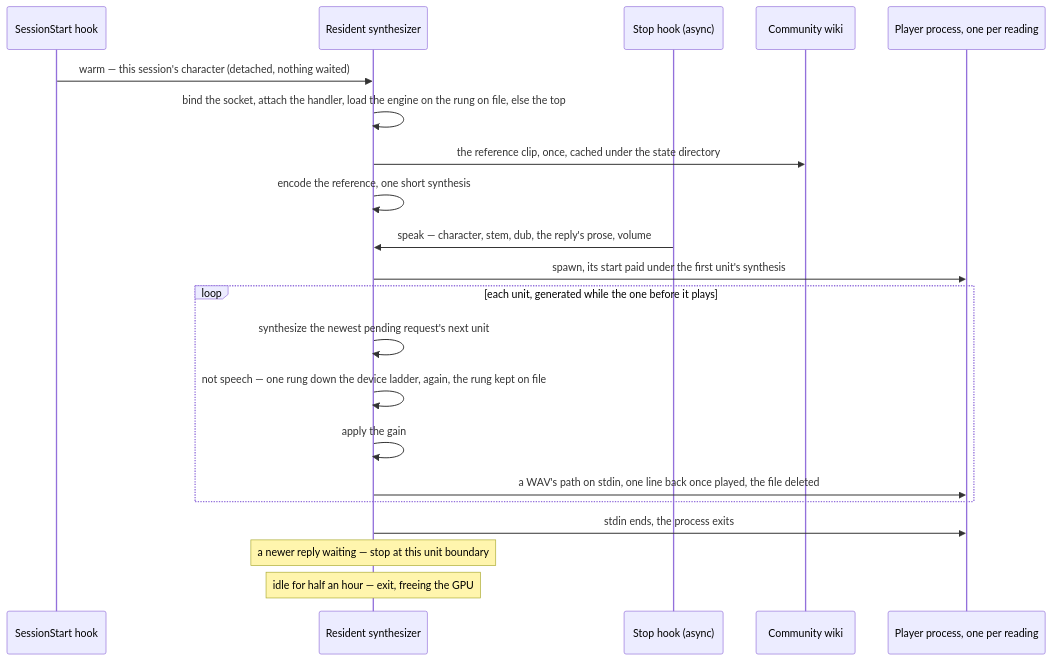
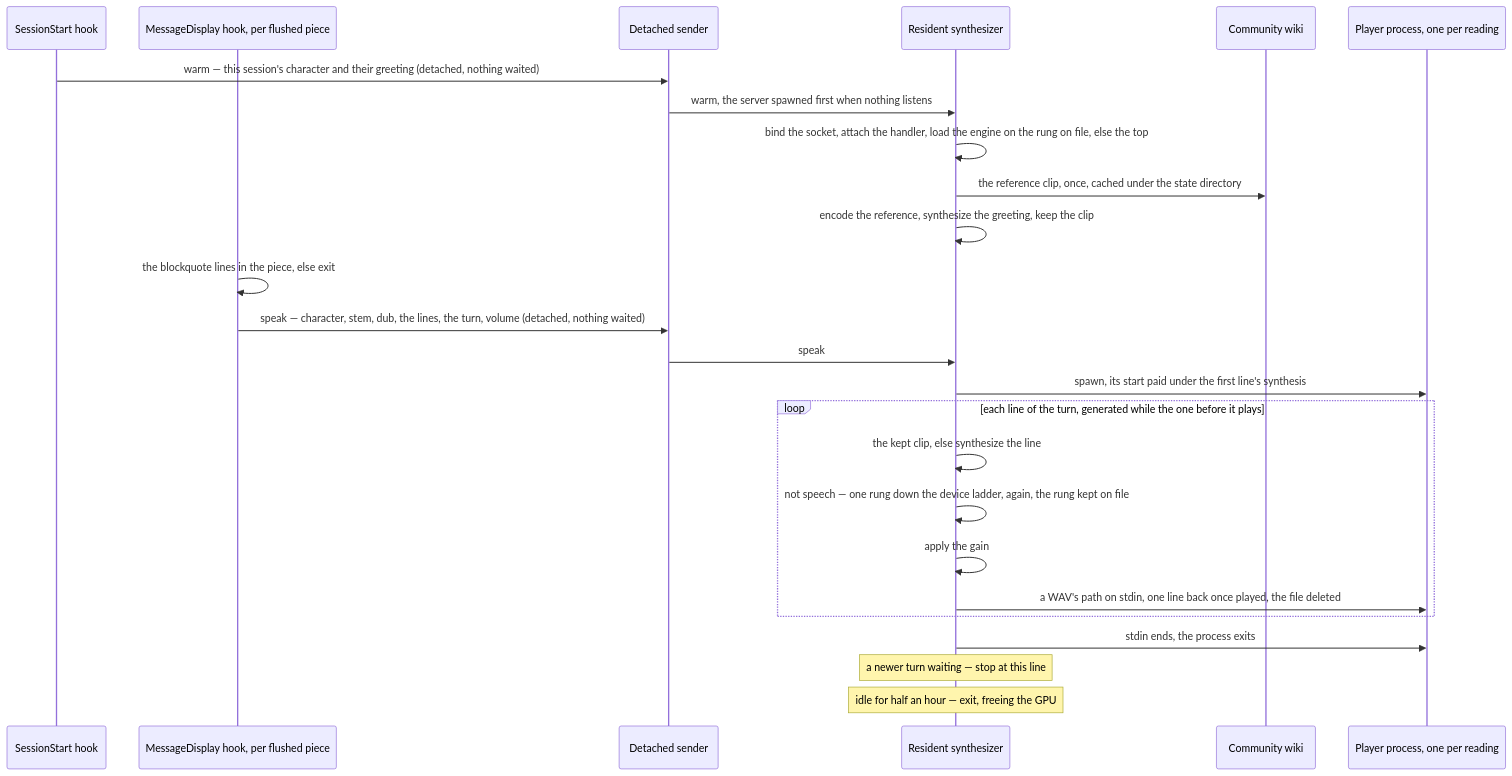
The first of 3 diagrams in apps/web/content/docs/infra/claude-interface/spoken-replies.md (Esposter/Esposter), drawn with Mermaid before and after one commit. The commit also changed other lines of this file and 61 other files, not shown here.

First line of the commit message:
feat(genshin-persona): a reply's spoken lines are read by a MessageDisplay hook the voice verb writes, and the warm makes the greeting

````diff
--- a/apps/web/content/docs/infra/claude-interface/spoken-replies.md
+++ b/apps/web/content/docs/infra/claude-interface/spoken-replies.md
@@ -19,24 +20,28 @@
 ```mermaid
 sequenceDiagram
     participant Start as SessionStart hook
+    participant Display as MessageDisplay hook, per flushed piece
+    participant Sender as Detached sender
     participant Server as Resident synthesizer
-    participant Stop as Stop hook (async)
     participant Wiki as Community wiki
     participant Player as Player process, one per reading
 
-    Start->>Server: warm — this session's character (detached, nothing waited)
+    Start->>Sender: warm — this session's character and their greeting (detached, nothing waited)
+    Sender->>Server: warm, the server spawned first when nothing listens
     Server->>Server: bind the socket, attach the handler, load the engine on the rung on file, else the top
     Server->>Wiki: the reference clip, once, cached under the state directory
-    Server->>Server: encode the reference, one short synthesis
-    Stop->>Server: speak — character, stem, dub, the reply's prose, volume
-    Server->>Player: spawn, its start paid under the first unit's synthesis
-    loop each unit, generated while the one before it plays
-        Server->>Server: synthesize the newest pending request's next unit
+    Server->>Server: encode the reference, synthesize the greeting, keep the clip
+    Display->>Display: the blockquote lines in the piece, else exit
+    Display->>Sender: speak — character, stem, dub, the lines, the turn, volume (detached, nothing waited)
+    Sender->>Server: speak
+    Server->>Player: spawn, its start paid under the first line's synthesis
+    loop each line of the turn, generated while the one before it plays
+        Server->>Server: the kept clip, else synthesize the line
         Server->>Server: not speech — one rung down the device ladder, again, the rung kept on file
         Server->>Server: apply the gain
         Server->>Player: a WAV's path on stdin, one line back once played, the file deleted
     end
     Server->>Player: stdin ends, the process exits
-    Note over Server: a newer reply waiting — stop at this unit boundary
+    Note over Server: a newer turn waiting — stop at this line
     Note over Server: idle for half an hour — exit, freeing the GPU
 ```
````
